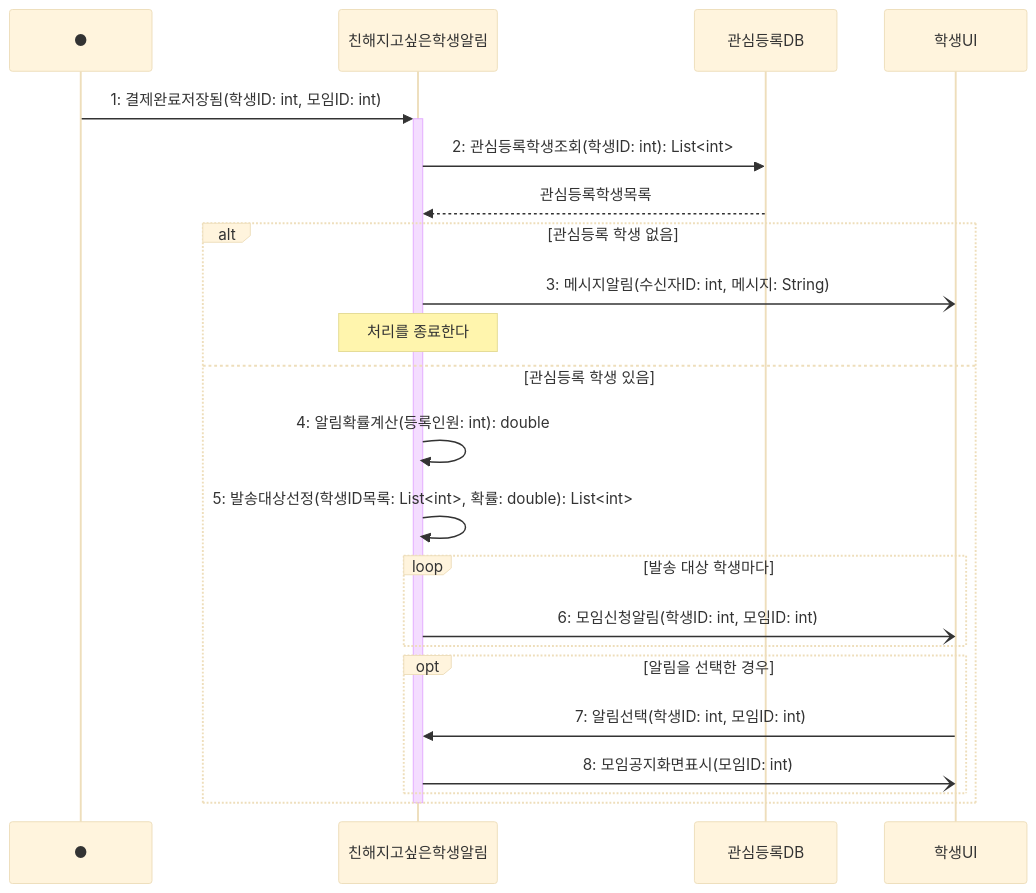
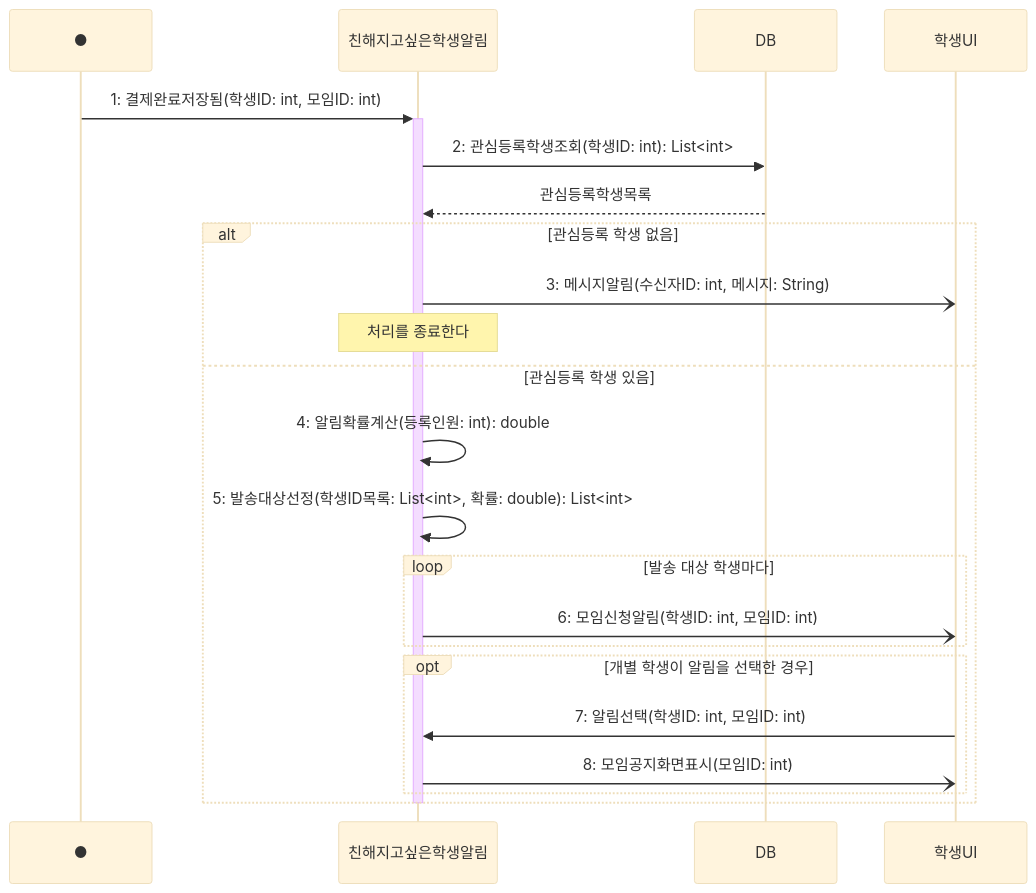
One commit to hojae3/sw-engineering-16 changed the diagram in sequence/seq-03.md. Above: the diagram before and after it, drawn with Mermaid (base theme). The commit also changed other lines of this file and 1 other file, not shown here.

Commit message:
[req-03/seq-03] 개별 DB 명칭을 통합 DB로 표기 통일

````diff
--- a/sequence/seq-03.md
+++ b/sequence/seq-03.md
@@ -22,27 +22,27 @@
 ```mermaid
 sequenceDiagram
     participant Found as ●
     participant 알림 as 친해지고싶은학생알림
-    participant 관심DB as 관심등록DB
+    participant DB as DB
     participant 학생UI as 학생UI
 
     Found->>+알림: 1: 결제완료저장됨(학생ID: int, 모임ID: int)
-    알림->>관심DB: 2: 관심등록학생조회(학생ID: int): List<int>
-    관심DB-->>알림: 관심등록학생목록
+    알림->>DB: 2: 관심등록학생조회(학생ID: int): List<int>
+    DB-->>알림: 관심등록학생목록
 
     alt 관심등록 학생 없음
         알림-)학생UI: 3: 메시지알림(수신자ID: int, 메시지: String)
         Note over 알림: 처리를 종료한다
     else 관심등록 학생 있음
         알림->>알림: 4: 알림확률계산(등록인원: int): double
         알림->>알림: 5: 발송대상선정(학생ID목록: List<int>, 확률: double): List<int>
         loop 발송 대상 학생마다
             알림-)학생UI: 6: 모임신청알림(학생ID: int, 모임ID: int)
         end
-        opt 알림을 선택한 경우
+        opt 개별 학생이 알림을 선택한 경우
             학생UI->>알림: 7: 알림선택(학생ID: int, 모임ID: int)
             알림-)학생UI: 8: 모임공지화면표시(모임ID: int)
         end
     end
     deactivate 알림
 ```
````
